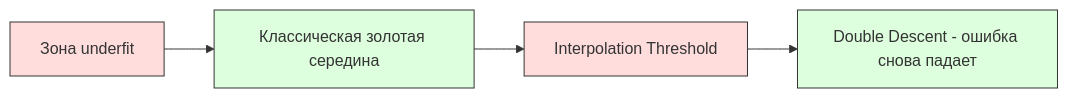
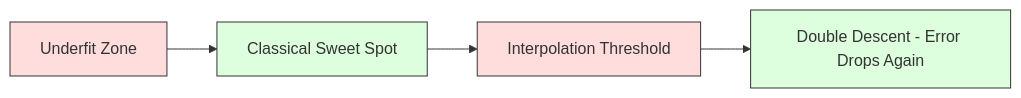
The second of 5 diagrams in phases/02-ml-fundamentals/10-bias-variance/docs/ru.md (stabuev/ai-engineering-from-scratch), drawn with Mermaid before and after one commit. The commit also changed other lines of this file and 182 other files, not shown here.

````diff
--- a/phases/02-ml-fundamentals/10-bias-variance/docs/ru.md
+++ b/phases/02-ml-fundamentals/10-bias-variance/docs/ru.md
@@ -110,11 +110,11 @@
 ```mermaid
 graph LR
-    A[Зона underfit] --> B[Классическая золотая середина]
+    A[Underfit Zone] --> B[Classical Sweet Spot]
     B --> C[Interpolation Threshold]
-    C --> D[Double Descent - ошибка снова падает]
+    C --> D[Double Descent - Error Drops Again]
 
     style A fill:#fdd,stroke:#333
     style B fill:#dfd,stroke:#333
     style C fill:#fdd,stroke:#333
     style D fill:#dfd,stroke:#333
 ```
````
